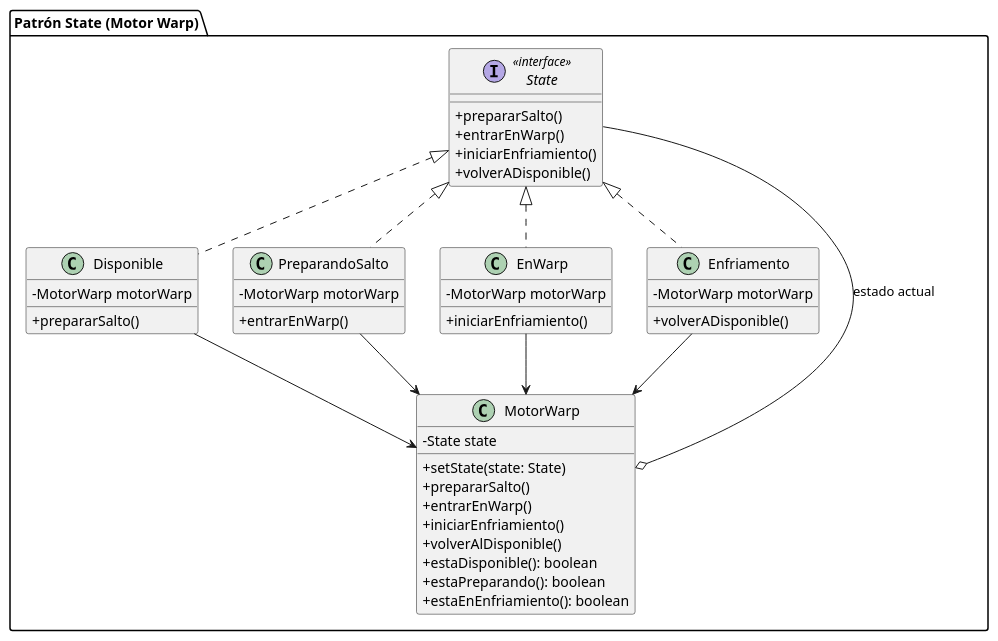
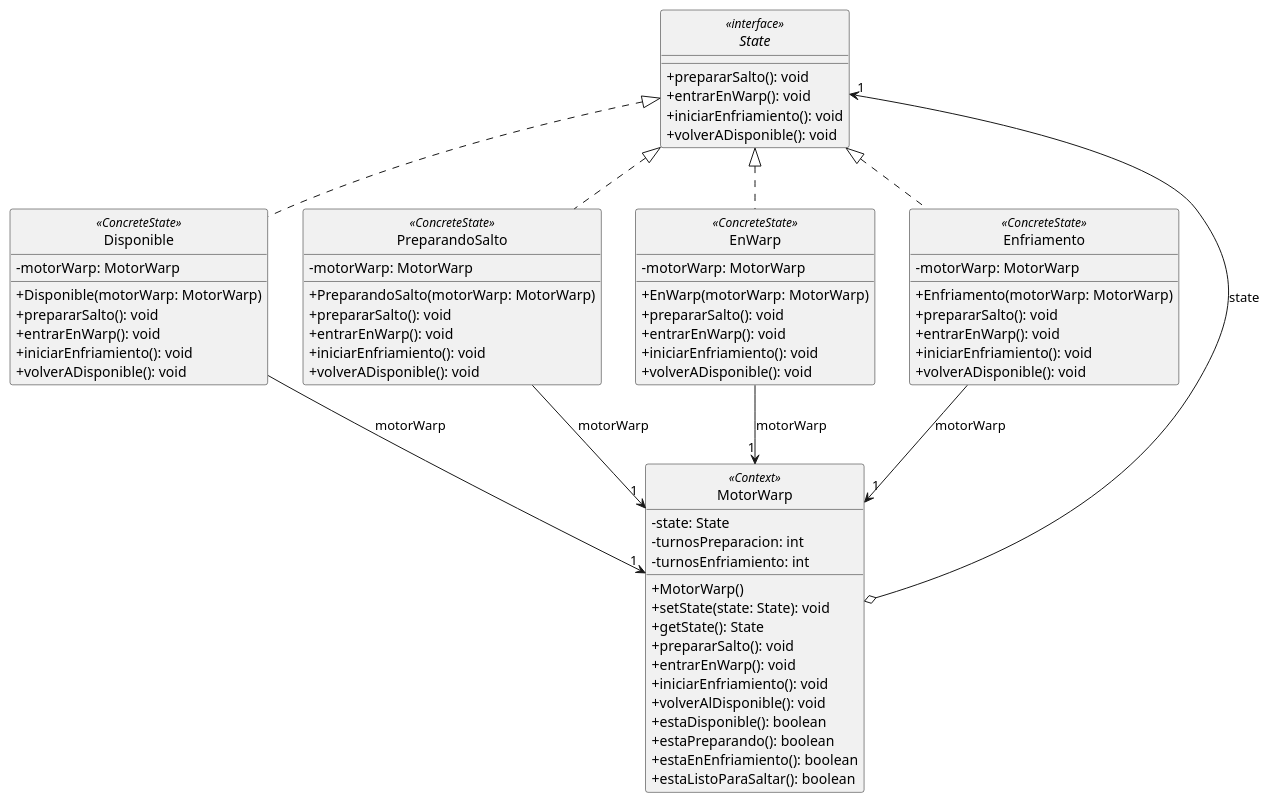
The diagram in uml_state.puml (urielaristegui/TP-prograC-grupo-12), drawn with PlantUML before and after one commit. The commit also changed 8 other files, not shown here.

```diff
--- a/uml_state.puml
+++ b/uml_state.puml
@@ -1,48 +1,71 @@
 @startuml
 skinparam classAttributeIconSize 0
+skinparam monochrome false
+skinparam style strictuml
 
-package "Patrón State (Motor Warp)" {
-    interface State <<interface>> {
-        + prepararSalto()
-        + entrarEnWarp()
-        + iniciarEnfriamiento()
-        + volverADisponible()
-    }
-
-    class MotorWarp {
-        - State state
-        + setState(state: State)
-        + prepararSalto()
-        + entrarEnWarp()
-        + iniciarEnfriamiento()
-        + volverAlDisponible()
-        + estaDisponible(): boolean
-        + estaPreparando(): boolean
-        + estaEnEnfriamiento(): boolean
-    }
-
-    class Disponible implements State {
-        - MotorWarp motorWarp
-        + prepararSalto()
-    }
-    class PreparandoSalto implements State {
-        - MotorWarp motorWarp
-        + entrarEnWarp()
-    }
-    class EnWarp implements State {
-        - MotorWarp motorWarp
-        + iniciarEnfriamiento()
-    }
-    class Enfriamento implements State {
-        - MotorWarp motorWarp
-        + volverADisponible()
-    }
+interface State <<interface>> {
+    + prepararSalto(): void
+    + entrarEnWarp(): void
+    + iniciarEnfriamiento(): void
+    + volverADisponible(): void
 }
 
-MotorWarp o-- State : estado actual
-Disponible --> MotorWarp
-PreparandoSalto --> MotorWarp
-EnWarp --> MotorWarp
-Enfriamento --> MotorWarp
+class MotorWarp <<Context>> {
+    - state: State
+    - turnosPreparacion: int
+    - turnosEnfriamiento: int
+    + MotorWarp()
+    + setState(state: State): void
+    + getState(): State
+    + prepararSalto(): void
+    + entrarEnWarp(): void
+    + iniciarEnfriamiento(): void
+    + volverAlDisponible(): void
+    + estaDisponible(): boolean
+    + estaPreparando(): boolean
+    + estaEnEnfriamiento(): boolean
+    + estaListoParaSaltar(): boolean
+}
 
+class Disponible <<ConcreteState>> implements State {
+    - motorWarp: MotorWarp
+    + Disponible(motorWarp: MotorWarp)
+    + prepararSalto(): void
+    + entrarEnWarp(): void
+    + iniciarEnfriamiento(): void
+    + volverADisponible(): void
+}
+
+class PreparandoSalto <<ConcreteState>> implements State {
+    - motorWarp: MotorWarp
+    + PreparandoSalto(motorWarp: MotorWarp)
+    + prepararSalto(): void
+    + entrarEnWarp(): void
+    + iniciarEnfriamiento(): void
+    + volverADisponible(): void
+}
+
+class EnWarp <<ConcreteState>> implements State {
+    - motorWarp: MotorWarp
+    + EnWarp(motorWarp: MotorWarp)
+    + prepararSalto(): void
+    + entrarEnWarp(): void
+    + iniciarEnfriamiento(): void
+    + volverADisponible(): void
+}
+
+class Enfriamento <<ConcreteState>> implements State {
+    - motorWarp: MotorWarp
+    + Enfriamento(motorWarp: MotorWarp)
+    + prepararSalto(): void
+    + entrarEnWarp(): void
+    + iniciarEnfriamiento(): void
+    + volverADisponible(): void
+}
+
+MotorWarp o--> "1" State : state
+Disponible --> "1" MotorWarp : motorWarp
+PreparandoSalto --> "1" MotorWarp : motorWarp
+EnWarp --> "1" MotorWarp : motorWarp
+Enfriamento --> "1" MotorWarp : motorWarp
 @enduml
```
